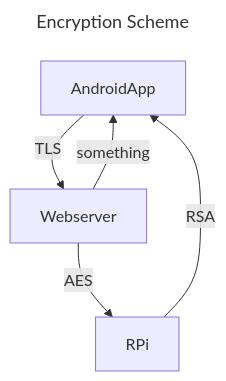
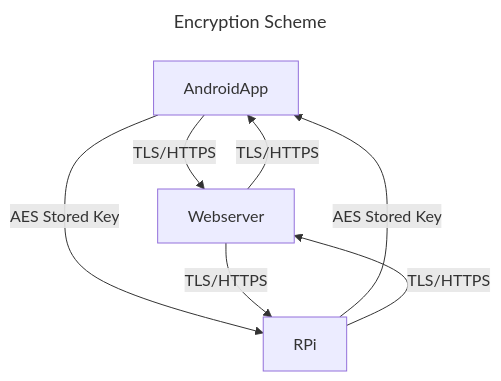
The diagram in figures/encryption-diagram.md (Not-Cameron-Inc/SafePi-embedded), drawn with Mermaid before and after one commit. The commit also changed 2 other files, not shown here.

Commit message:
encryption scheme diagram

````diff
--- a/figures/encryption-diagram.md
+++ b/figures/encryption-diagram.md
@@ -1,11 +1,13 @@
 ```mermaid
 ---
 title: Encryption Scheme
 ---
 flowchart
-    AndroidApp -->|TLS| Webserver
-    Webserver --> |something| AndroidApp
-    Webserver -->|AES| RPi
-    RPi -->|RSA| AndroidApp
+    AndroidApp -->|TLS/HTTPS| Webserver
+    Webserver --> |TLS/HTTPS| AndroidApp
+    AndroidApp -->|AES Stored Key| RPi
+    RPi -->|AES Stored Key| AndroidApp
+    RPi -->|TLS/HTTPS| Webserver
+    Webserver -->|TLS/HTTPS| RPi
 
 ```
````
